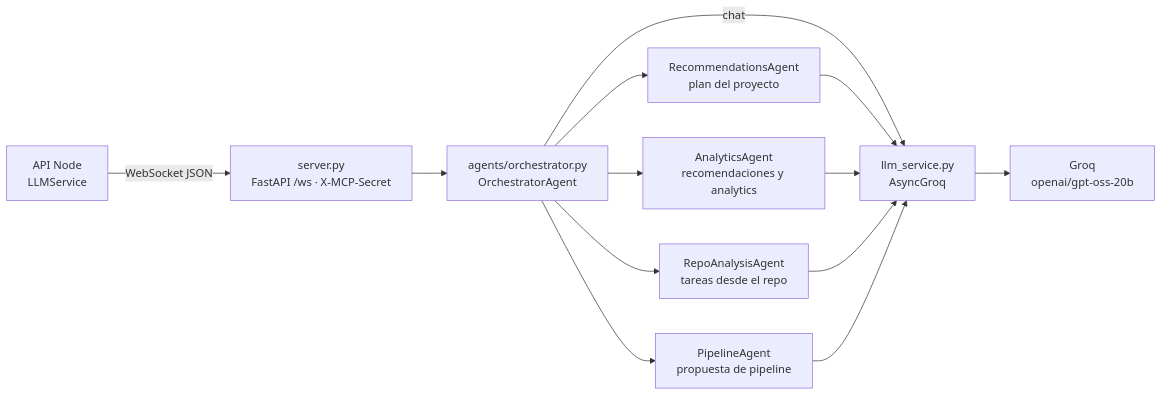
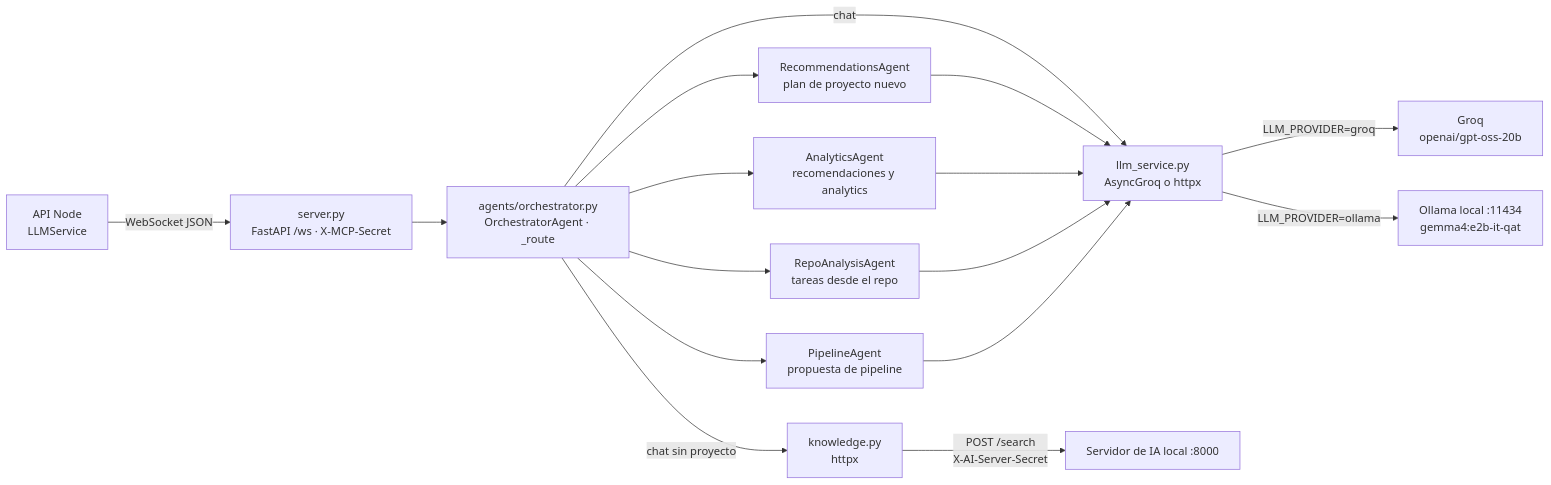
The third of 3 diagrams in documentacion/02-arquitectura/00-capas-del-codigo.md (PabloP150/proyecto-is-cc6), drawn with Mermaid before and after one commit. The commit also changed other lines of this file and 204 other files, not shown here.

First line of the commit message:
docs: update all documentation, diagrams and PNGs to the test/e2e state

````diff
--- a/documentacion/02-arquitectura/00-capas-del-codigo.md
+++ b/documentacion/02-arquitectura/00-capas-del-codigo.md
@@ -80,24 +89,30 @@
 ```mermaid
 flowchart LR
     node["API Node<br/>LLMService"]
     srv["server.py<br/>FastAPI /ws · X-MCP-Secret"]
-    orch["agents/orchestrator.py<br/>OrchestratorAgent"]
-    rec["RecommendationsAgent<br/>plan del proyecto"]
+    orch["agents/orchestrator.py<br/>OrchestratorAgent · _route"]
+    rec["RecommendationsAgent<br/>plan de proyecto nuevo"]
     ana["AnalyticsAgent<br/>recomendaciones y analytics"]
     repo["RepoAnalysisAgent<br/>tareas desde el repo"]
     pipe["PipelineAgent<br/>propuesta de pipeline"]
-    llm["llm_service.py<br/>AsyncGroq"]
+    kn["knowledge.py<br/>httpx"]
+    llm["llm_service.py<br/>AsyncGroq o httpx"]
     groq["Groq<br/>openai/gpt-oss-20b"]
+    oll["Ollama local :11434<br/>gemma4:e2b-it-qat"]
+    ai["Servidor de IA local :8000"]
 
     node -->|"WebSocket JSON"| srv --> orch
     orch --> rec
     orch --> ana
     orch --> repo
     orch --> pipe
     orch -->|"chat"| llm
+    orch -->|"chat sin proyecto"| kn
+    kn -->|"POST /search<br/>X-AI-Server-Secret"| ai
     rec --> llm
     ana --> llm
     repo --> llm
     pipe --> llm
-    llm --> groq
+    llm -->|"LLM_PROVIDER=groq"| groq
+    llm -->|"LLM_PROVIDER=ollama"| oll
 ```
````
